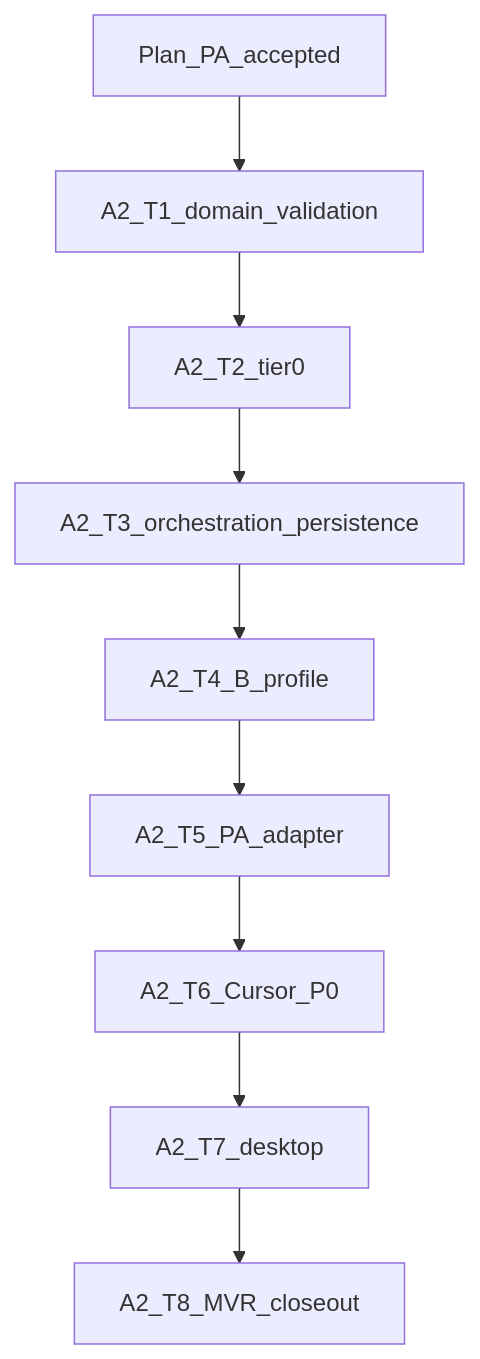
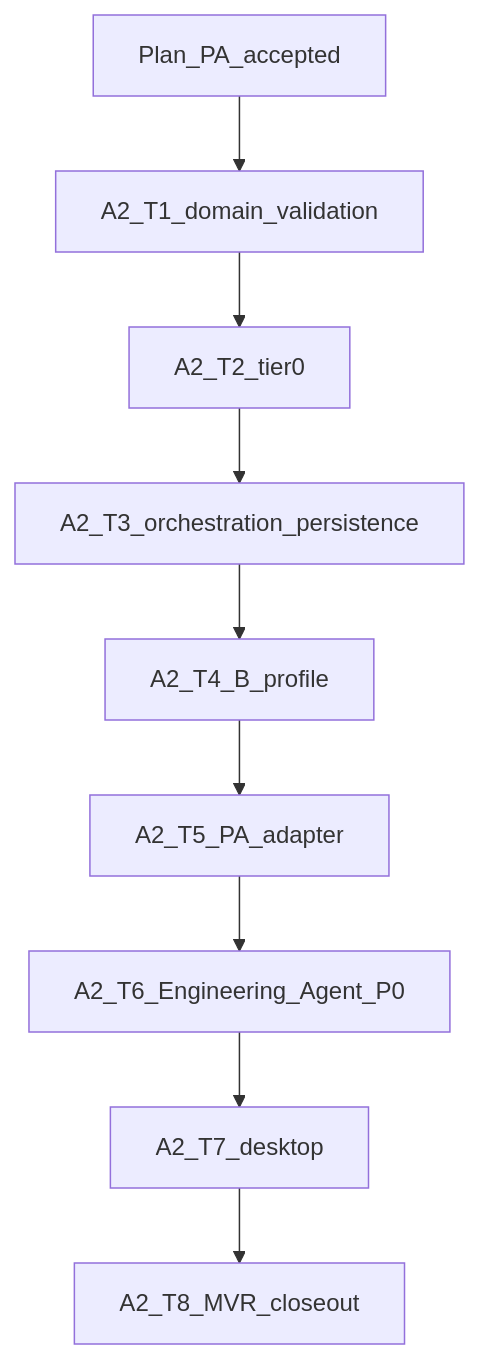
Before and after one commit to edbecnel/ProjectConcord: the second of 2 diagrams in docs/Handover/ProjectConcord-A2-Implementation-Plan.md, drawn with Mermaid. The commit also changed other lines of this file and 23 other files, not shown here.

Commit message:
Neutralize A2-T6 engineering-agent relay architecture.

````diff
--- a/docs/Handover/ProjectConcord-A2-Implementation-Plan.md
+++ b/docs/Handover/ProjectConcord-A2-Implementation-Plan.md
@@ -704,13 +704,13 @@
 ```mermaid
 flowchart TD
   Plan[Plan_PA_accepted]
   T1[A2_T1_domain_validation]
   T2[A2_T2_tier0]
   T3[A2_T3_orchestration_persistence]
   T4[A2_T4_B_profile]
   T5[A2_T5_PA_adapter]
-  T6[A2_T6_Cursor_P0]
+  T6[A2_T6_Engineering_Agent_P0]
   T7[A2_T7_desktop]
   T8[A2_T8_MVR_closeout]
   Plan --> T1 --> T2 --> T3 --> T4 --> T5 --> T6 --> T7 --> T8
 ```
````
